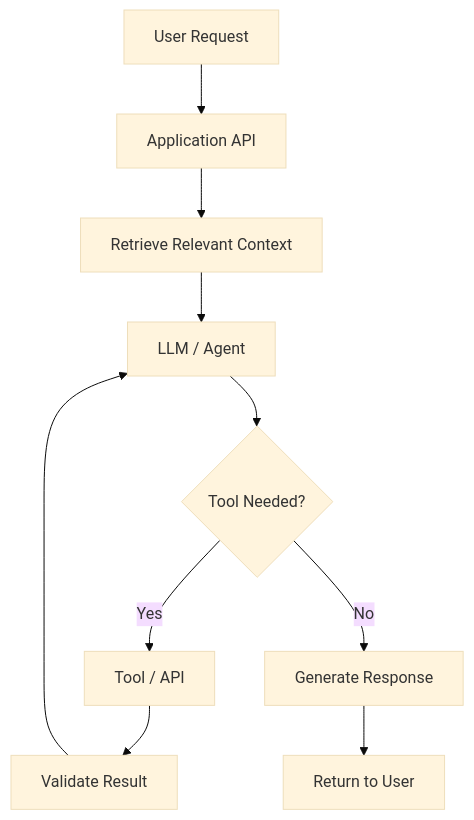
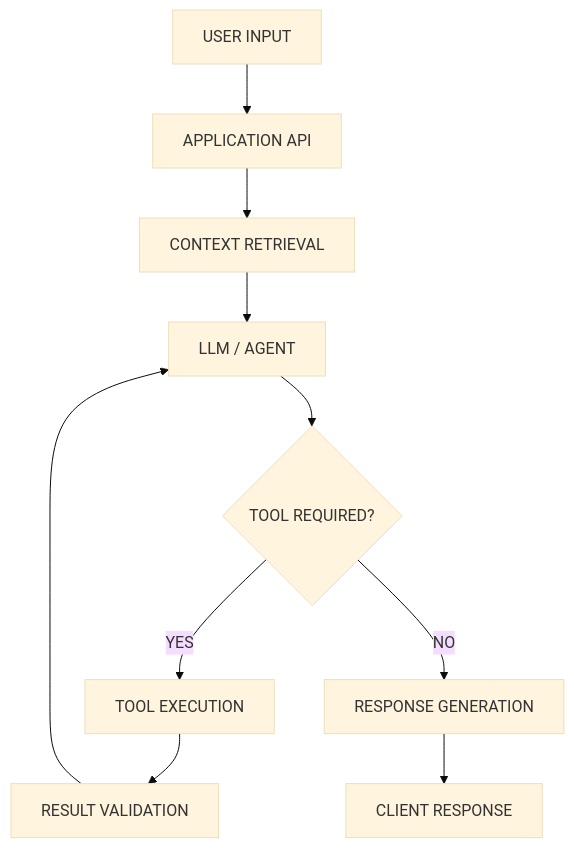
One commit to Aravindan-001/Aravindan-001 changed the second of 2 diagrams in README.md. Above: the diagram before and after it, drawn with Mermaid (base theme). The commit also changed other lines of this file, not shown here.

````diff
--- a/README.md
+++ b/README.md
@@ -299,12 +321,12 @@
 ```mermaid
 flowchart TD
-    A["User Request"] --> B["Application API"]
-    B --> C["Retrieve Relevant Context"]
-    C --> D["LLM / Agent"]
-    D --> E{"Tool Needed?"}
-    E -- Yes --> F["Tool / API"]
-    F --> G["Validate Result"]
+    A["USER INPUT"] --> B["APPLICATION API"]
+    B --> C["CONTEXT RETRIEVAL"]
+    C --> D["LLM / AGENT"]
+    D --> E{"TOOL REQUIRED?"}
+    E -- YES --> F["TOOL EXECUTION"]
+    F --> G["RESULT VALIDATION"]
     G --> D
-    E -- No --> H["Generate Response"]
-    H --> I["Return to User"]
+    E -- NO --> H["RESPONSE GENERATION"]
+    H --> I["CLIENT RESPONSE"]
 ```
````
